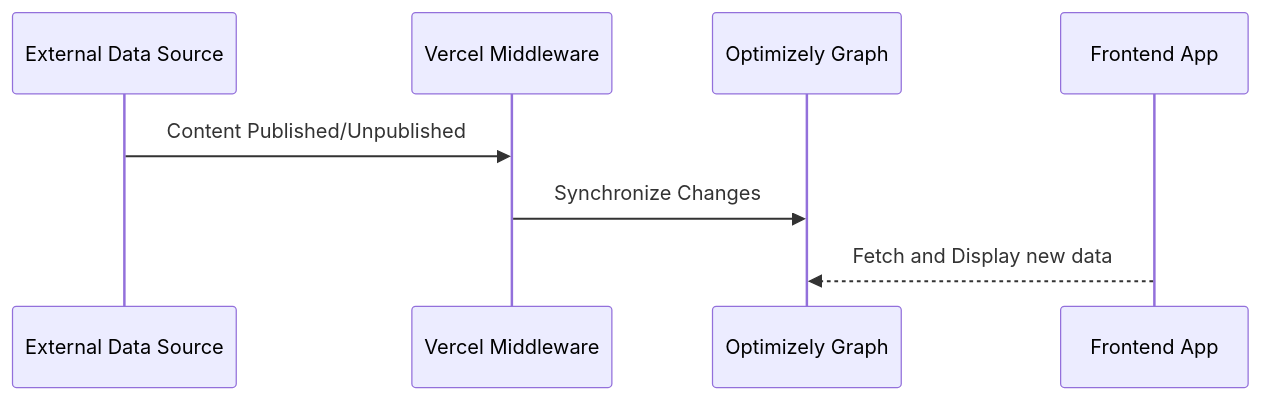
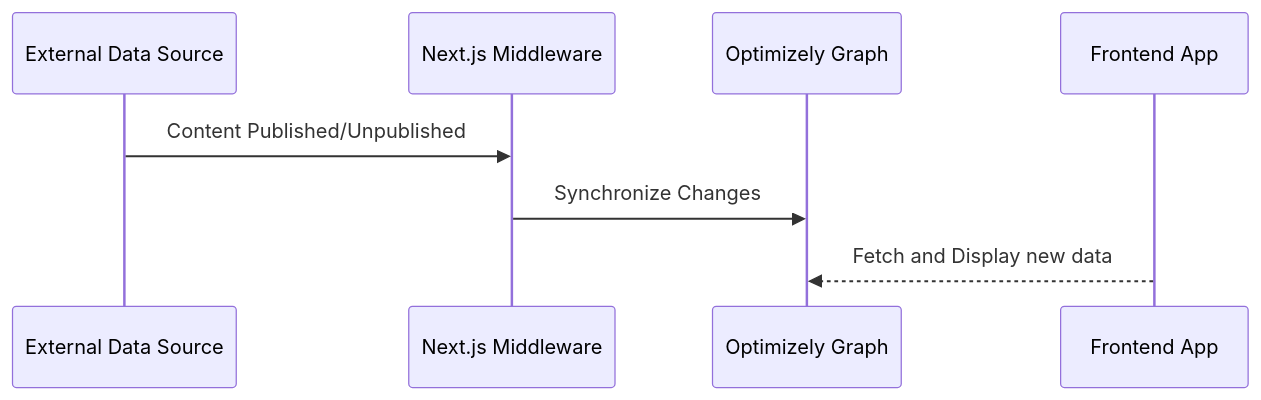
The diagram in README.md (kunalshetye/og-wordpress), drawn with Mermaid before and after one commit. The commit also changed other lines of this file, not shown here.

Commit message:
updated diagram

````diff
--- a/README.md
+++ b/README.md
@@ -54,6 +56,6 @@
 ```mermaid
 sequenceDiagram
-    External Data Source->>Vercel Middleware: Content Published/Unpublished
-    Vercel Middleware->>Optimizely Graph: Synchronize Changes
+    External Data Source->>Next.js Middleware: Content Published/Unpublished
+    Next.js Middleware->>Optimizely Graph: Synchronize Changes
     Frontend App-->>Optimizely Graph: Fetch and Display new data
 ```
````
